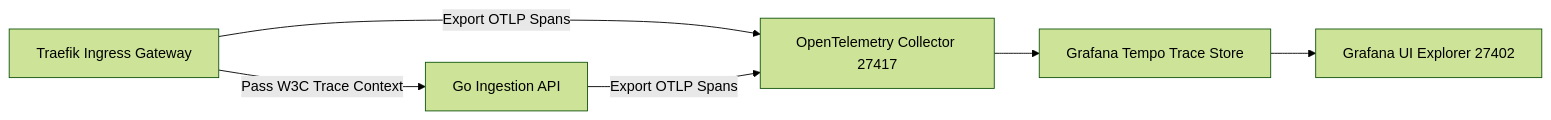
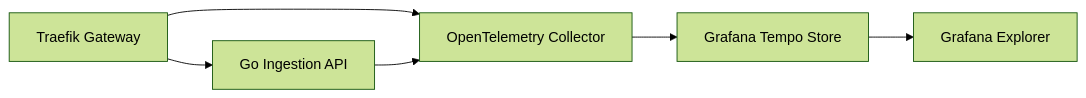
Before and after one commit to Chief-Strategist-J/messaging-pipeline: the fourth of 4 diagrams in README.md, drawn with Mermaid (forest theme). The commit also changed other lines of this file, not shown here.

Commit message:
docs: overhaul README with in-depth technical details, ASCII visual architecture diagrams, and universal graph LR blocks

````diff
--- a/README.md
+++ b/README.md
@@ -112,14 +226,8 @@
 ```mermaid
-flowchart LR
-    Traefik["Traefik Ingress Gateway"]
-    GoAPI["Go Ingestion API"]
-    OTel["OpenTelemetry Collector 27417"]
-    Tempo["Grafana Tempo Trace Store"]
-    Grafana["Grafana UI Explorer 27402"]
-
-    Traefik -->|Pass W3C Trace Context| GoAPI
-    Traefik -->|Export OTLP Spans| OTel
-    GoAPI -->|Export OTLP Spans| OTel
-    OTel --> Tempo
-    Tempo --> Grafana
+graph LR
+    Traefik[Traefik Gateway] --> GoAPI[Go Ingestion API]
+    Traefik --> OTel[OpenTelemetry Collector]
+    GoAPI --> OTel
+    OTel --> Tempo[Grafana Tempo Store]
+    Tempo --> Grafana[Grafana Explorer]
 ```
````
